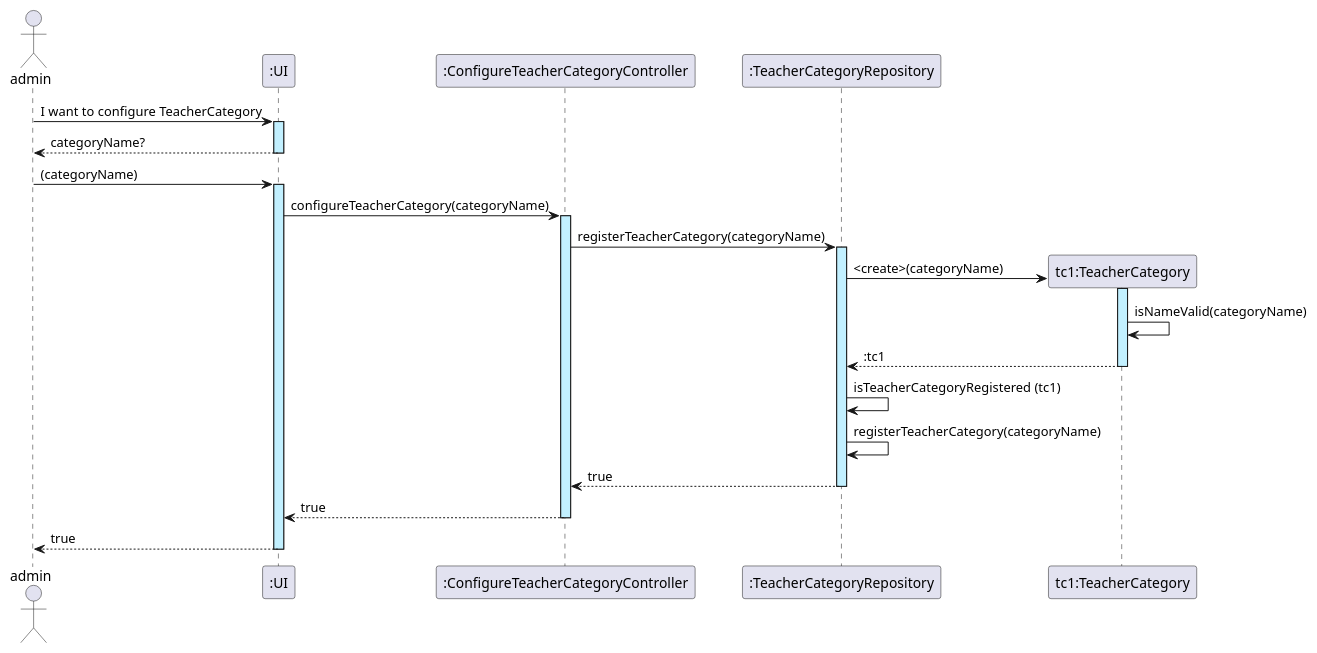
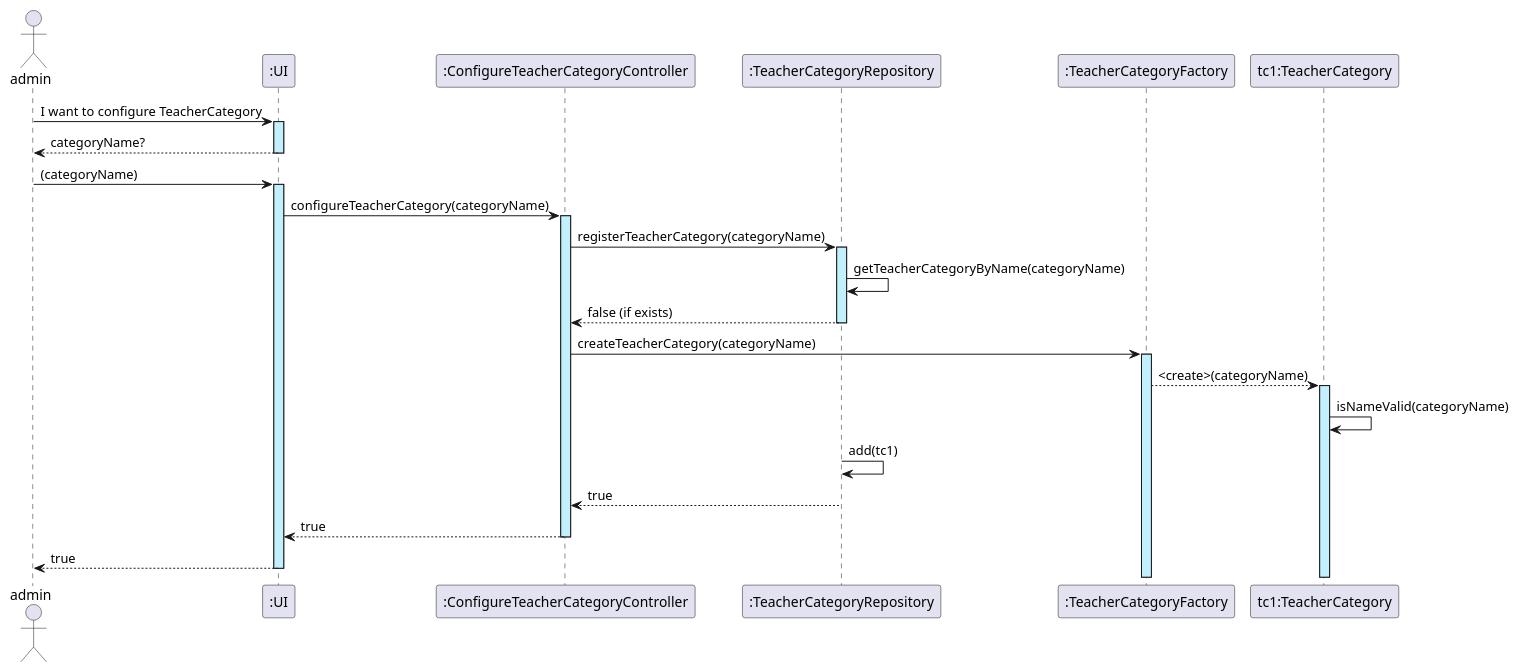
The diagram in docs/US01/US01_ConfigureTeacherCategoriesInSystem_SequenceDiagram.puml (GasparISEP/DevOps-PAI), drawn with PlantUML before and after one commit.

```diff
--- a/docs/US01/US01_ConfigureTeacherCategoriesInSystem_SequenceDiagram.puml
+++ b/docs/US01/US01_ConfigureTeacherCategoriesInSystem_SequenceDiagram.puml
@@ -1,28 +1,29 @@
 @startuml
 actor admin
-
-
 
 admin -> ":UI" as UI ++ #application : I want to configure TeacherCategory
 UI --> admin -- : categoryName?
 
-admin -> UI ++ #application :(categoryName)
-
+admin -> UI ++ #application : (categoryName)
 
 UI -> ":ConfigureTeacherCategoryController" as ConfigureTeacherCategoryController ++ #application : configureTeacherCategory(categoryName)
 
 participant ":TeacherCategoryRepository" as TeacherCategoryRepository
+participant ":TeacherCategoryFactory" as TeacherCategoryFactory
+
 ConfigureTeacherCategoryController -> TeacherCategoryRepository ++ #application : registerTeacherCategory(categoryName)
 
-create "tc1:TeacherCategory" as TeacherCategory
-TeacherCategoryRepository -> TeacherCategory ++ #application : <create>(categoryName)
-TeacherCategory -> TeacherCategory: isNameValid(categoryName)
-TeacherCategory --> TeacherCategoryRepository -- ::tc1
-TeacherCategoryRepository -> TeacherCategoryRepository : isTeacherCategoryRegistered (tc1)
-TeacherCategoryRepository -> TeacherCategoryRepository : registerTeacherCategory(categoryName)
+TeacherCategoryRepository -> TeacherCategoryRepository : getTeacherCategoryByName(categoryName)
+TeacherCategoryRepository --> ConfigureTeacherCategoryController --: false (if exists)
 
+ConfigureTeacherCategoryController -> TeacherCategoryFactory ++ #application : createTeacherCategory(categoryName)
+TeacherCategoryFactory --> "tc1:TeacherCategory" as TeacherCategory ++ #application : <create>(categoryName)
+
+TeacherCategory -> TeacherCategory : isNameValid(categoryName)
+
+TeacherCategoryRepository -> TeacherCategoryRepository : add(tc1)
 TeacherCategoryRepository --> ConfigureTeacherCategoryController --: true
 
 ConfigureTeacherCategoryController --> UI --: true
 UI --> admin --: true
 @enduml
```
